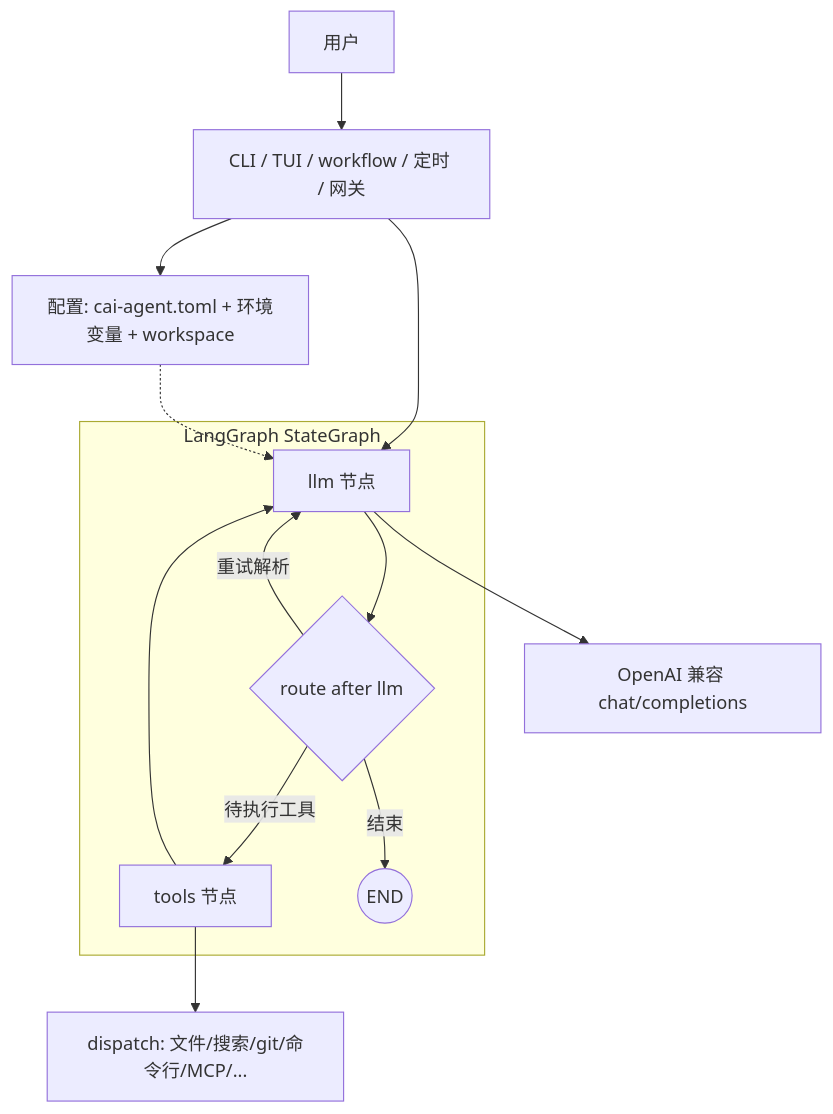
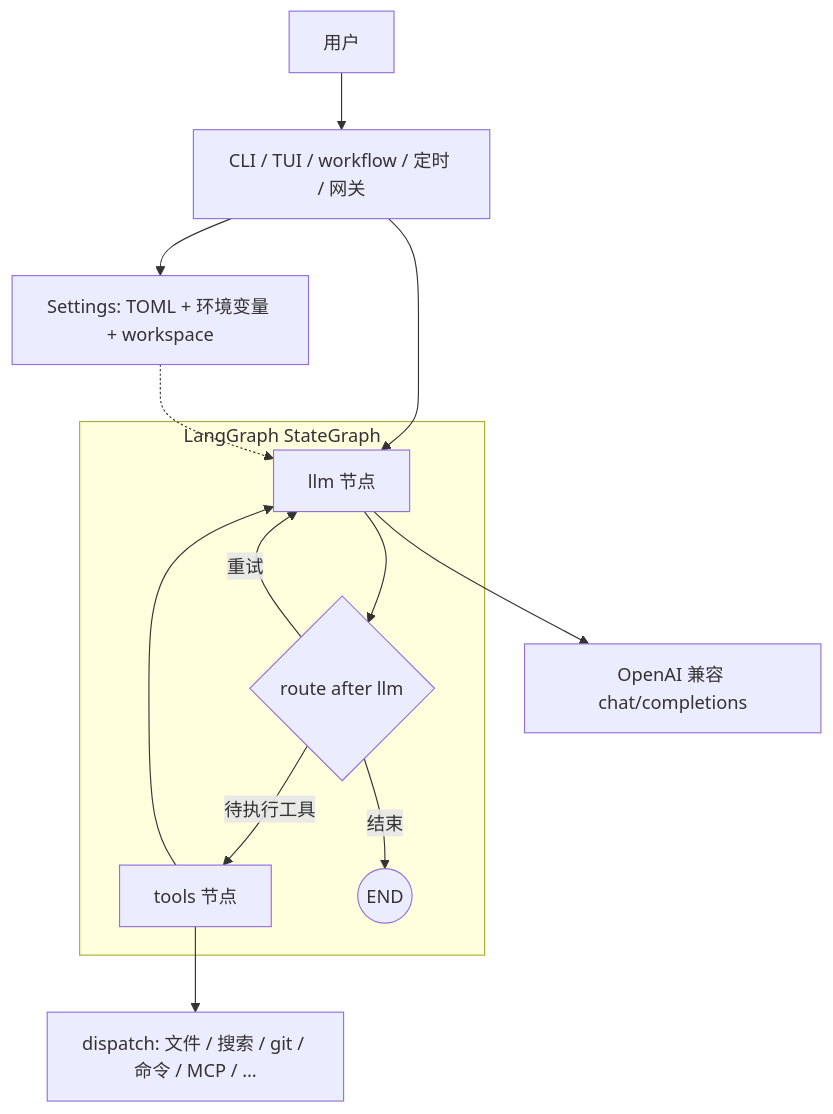
The diagram in README.zh-CN.md (caizizhen/Cai_Agent), drawn with Mermaid before and after one commit. The commit also changed other lines of this file and 25 other files, not shown here.

````diff
--- a/README.zh-CN.md
+++ b/README.zh-CN.md
@@ -134,19 +81,19 @@
 ```mermaid
 flowchart TB
   User[用户] --> Entry[CLI / TUI / workflow / 定时 / 网关]
-  Entry --> Cfg[配置: cai-agent.toml + 环境变量 + workspace]
+  Entry --> Cfg[Settings: TOML + 环境变量 + workspace]
   subgraph LG["LangGraph StateGraph"]
     LLM[llm 节点]
     Route{route after llm}
     TN[tools 节点]
     LLM --> Route
     Route -->|结束| Stop((END))
     Route -->|待执行工具| TN
-    Route -->|重试解析| LLM
+    Route -->|重试| LLM
     TN --> LLM
   end
   Entry --> LLM
   Cfg -.-> LLM
   LLM --> API[OpenAI 兼容 chat/completions]
-  TN --> Disp["dispatch: 文件/搜索/git/命令行/MCP/..."]
+  TN --> Disp["dispatch: 文件 / 搜索 / git / 命令 / MCP / …"]
 ```
````
